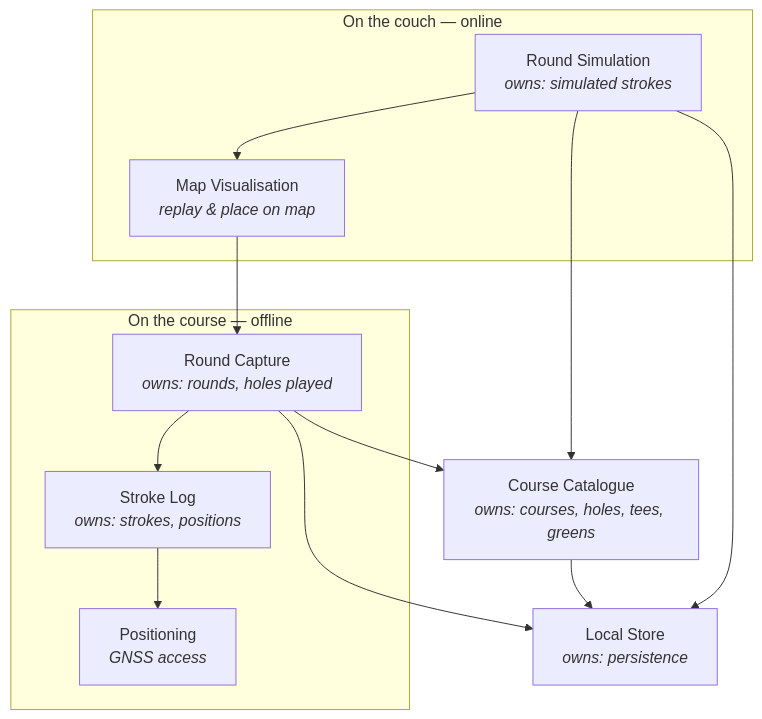
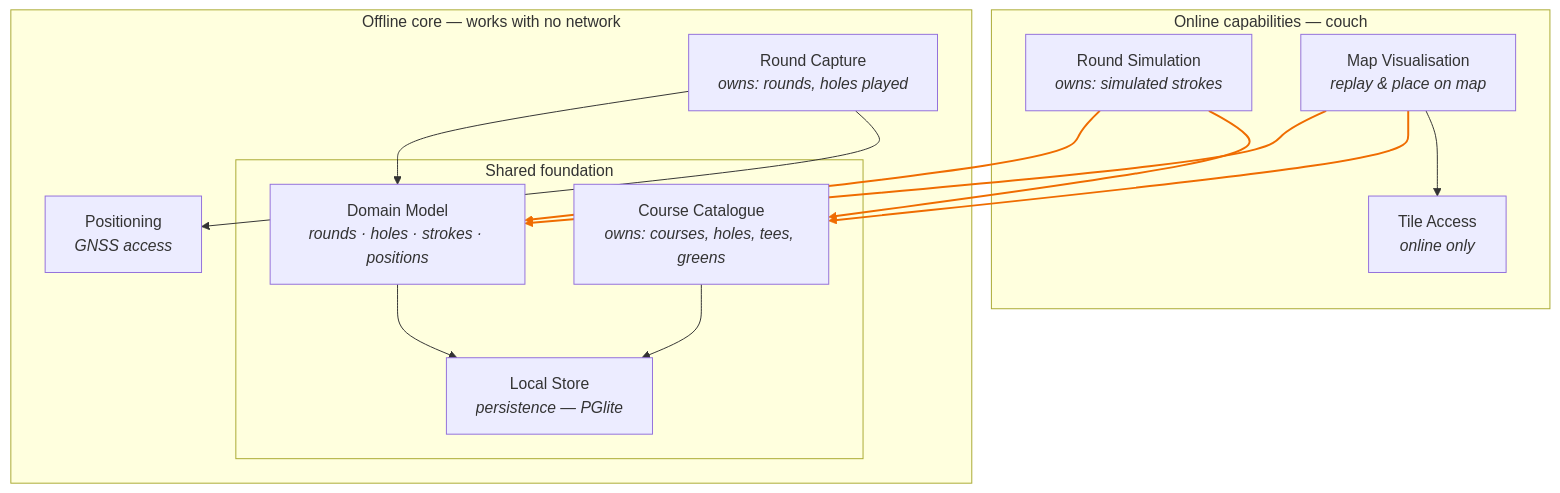
Before and after one commit to roeselert/golftrainer: the second of 2 diagrams in CLAUDE.md, drawn with Mermaid. The commit also changed other lines of this file, not shown here.

````diff
--- a/CLAUDE.md
+++ b/CLAUDE.md
@@ -116,26 +125,32 @@
 ```mermaid
 flowchart TB
-    subgraph oncourse["On the course — offline"]
-        round["Round Capture<br/><i>owns: rounds, holes played</i>"]
-        stroke["Stroke Log<br/><i>owns: strokes, positions</i>"]
-        loc["Positioning<br/><i>GNSS access</i>"]
+    subgraph online["Online capabilities — couch"]
+        sim["Round Simulation<br/><i>owns: simulated strokes</i>"]
+        viz["Map Visualisation<br/><i>replay & place on map</i>"]
+        tiles["Tile Access<br/><i>online only</i>"]
     end
 
-    subgraph couch["On the couch — online"]
-        sim["Round Simulation<br/><i>owns: simulated strokes</i>"]
-        viz["Map Visualisation<br/><i>replay & place on map</i>"]
+    subgraph offline["Offline core — works with no network"]
+        capture["Round Capture<br/><i>owns: rounds, holes played</i>"]
+        loc["Positioning<br/><i>GNSS access</i>"]
+
+        subgraph shared["Shared foundation"]
+            domain["Domain Model<br/><i>rounds · holes · strokes · positions</i>"]
+            course["Course Catalogue<br/><i>owns: courses, holes, tees, greens</i>"]
+            store["Local Store<br/><i>persistence — PGlite</i>"]
+        end
     end
 
-    course["Course Catalogue<br/><i>owns: courses, holes, tees, greens</i>"]
-    store["Local Store<br/><i>owns: persistence</i>"]
+    sim --> domain
+    sim --> course
+    viz --> domain
+    viz --> course
+    viz --> tiles
 
-    round --> stroke
-    round --> course
-    stroke --> loc
-    sim --> course
-    sim --> viz
-    viz --> round
-    round --> store
-    sim --> store
+    capture --> domain
+    capture --> loc
+    domain --> store
     course --> store
+
+    linkStyle 0,1,2,3 stroke:#ef6c00,stroke-width:2px
 ```
````
